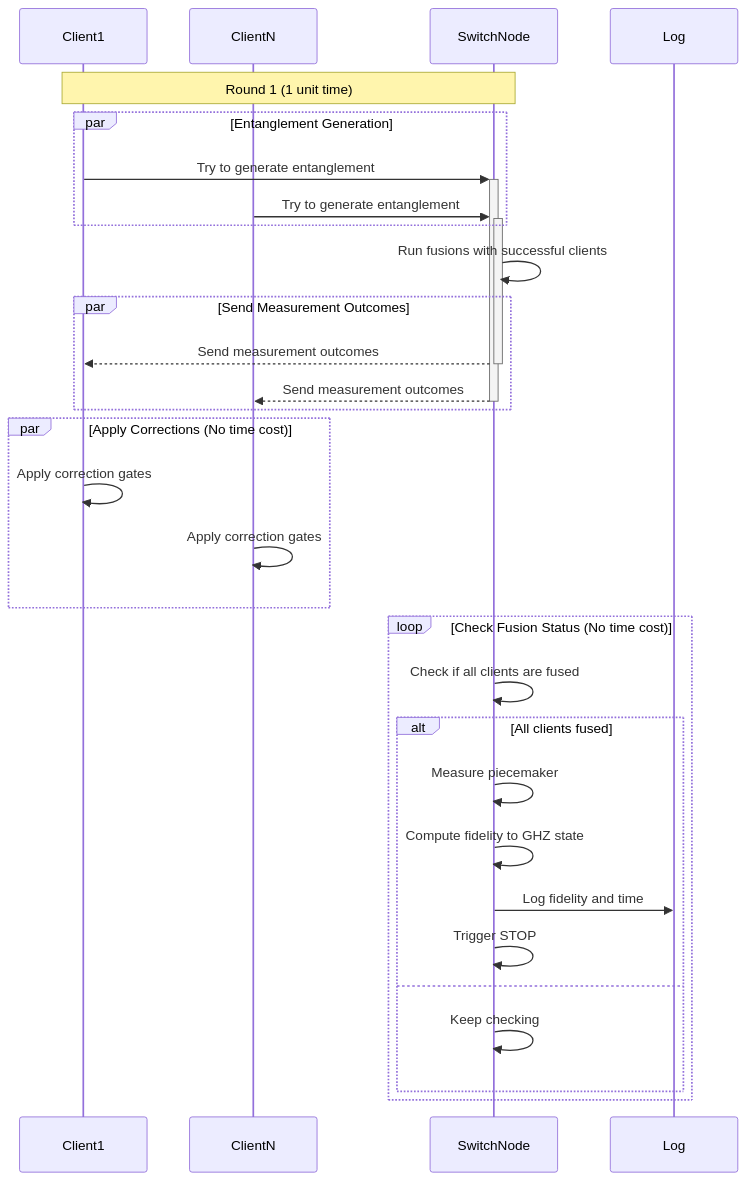
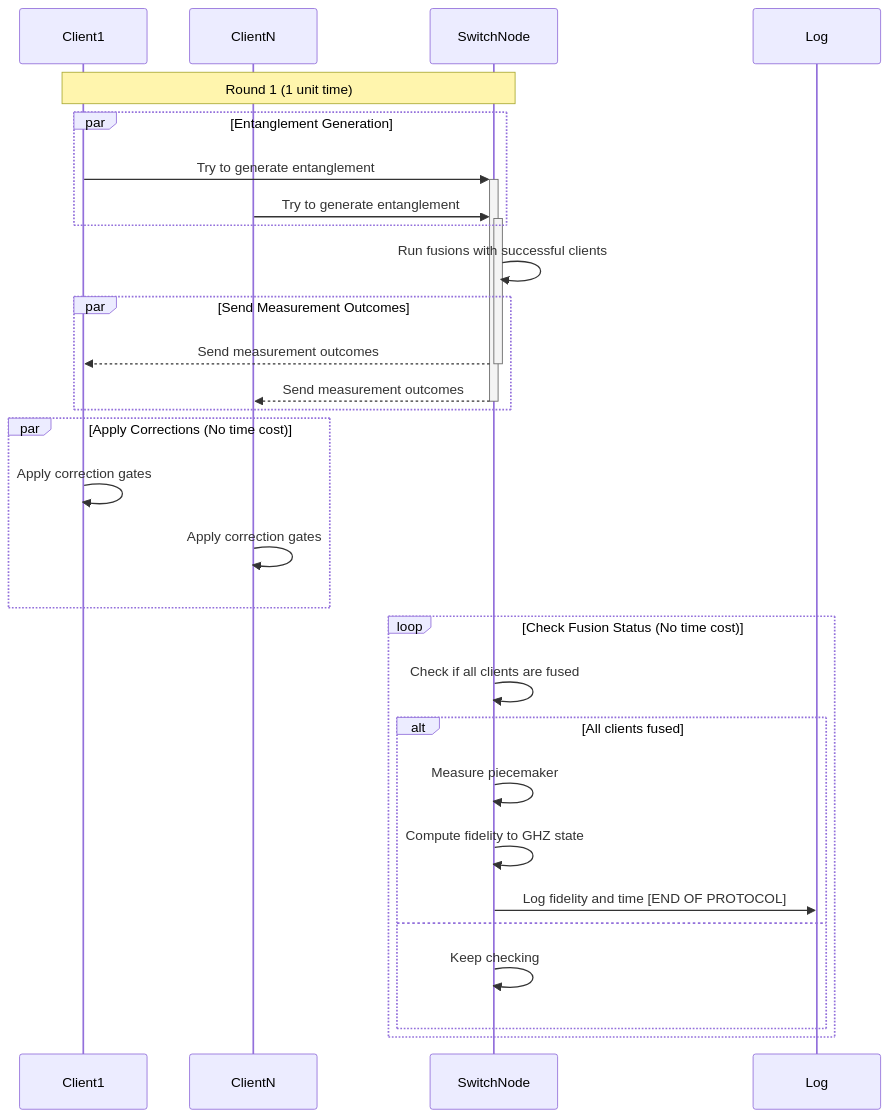
One commit to QuantumSavory/QuantumSavory.jl changed the diagram in examples/piecemakerswitch/README.md. Above: the diagram before and after it, drawn with Mermaid. The commit also changed other lines of this file and 4 other files, not shown here.

````diff
--- a/examples/piecemakerswitch/README.md
+++ b/examples/piecemakerswitch/README.md
@@ -26,38 +23,37 @@
 ```mermaid
 sequenceDiagram
     participant Client1
     participant ClientN
 
     participant SwitchNode
     participant Log
 
     Note over Client1,SwitchNode: Round 1 (1 unit time)
     par Entanglement Generation
         Client1->>+SwitchNode: Try to generate entanglement
         ClientN->>+SwitchNode: Try to generate entanglement
     end
 
     SwitchNode->>SwitchNode: Run fusions with successful clients
 
     par Send Measurement Outcomes
         SwitchNode-->>-Client1: Send measurement outcomes
         SwitchNode-->>-ClientN: Send measurement outcomes
     end
 
     par Apply Corrections (No time cost)
         Client1->>Client1: Apply correction gates
         ClientN->>ClientN: Apply correction gates
     end
 
     loop Check Fusion Status (No time cost)
         SwitchNode->>SwitchNode: Check if all clients are fused
         alt All clients fused
             SwitchNode->>SwitchNode: Measure piecemaker
             SwitchNode->>SwitchNode: Compute fidelity to GHZ state
-            SwitchNode->>Log: Log fidelity and time
-            SwitchNode->>SwitchNode: Trigger STOP
+            SwitchNode->>Log: Log fidelity and time [END OF PROTOCOL]
         else
             SwitchNode->>SwitchNode: Keep checking
         end
     end
 ```
````
